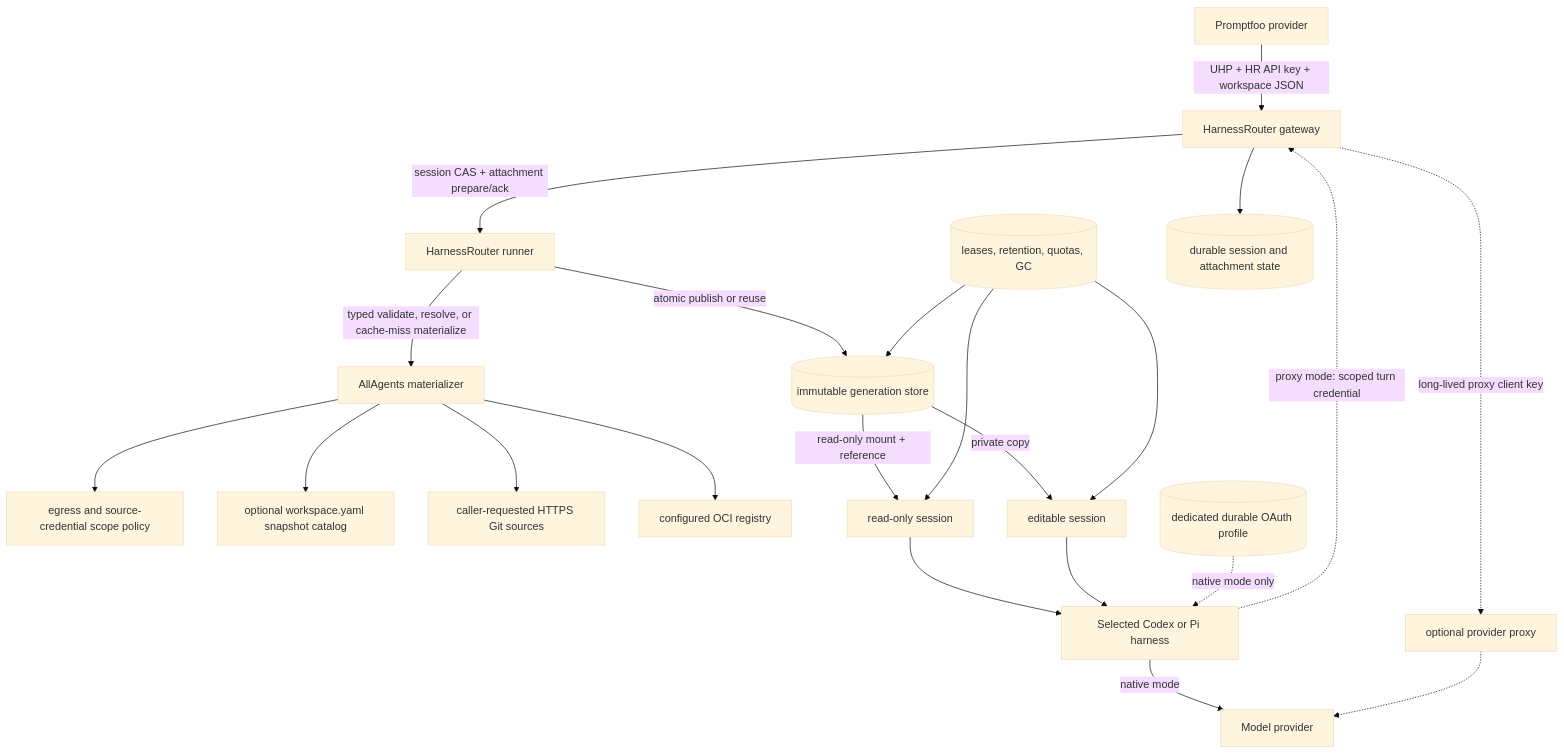
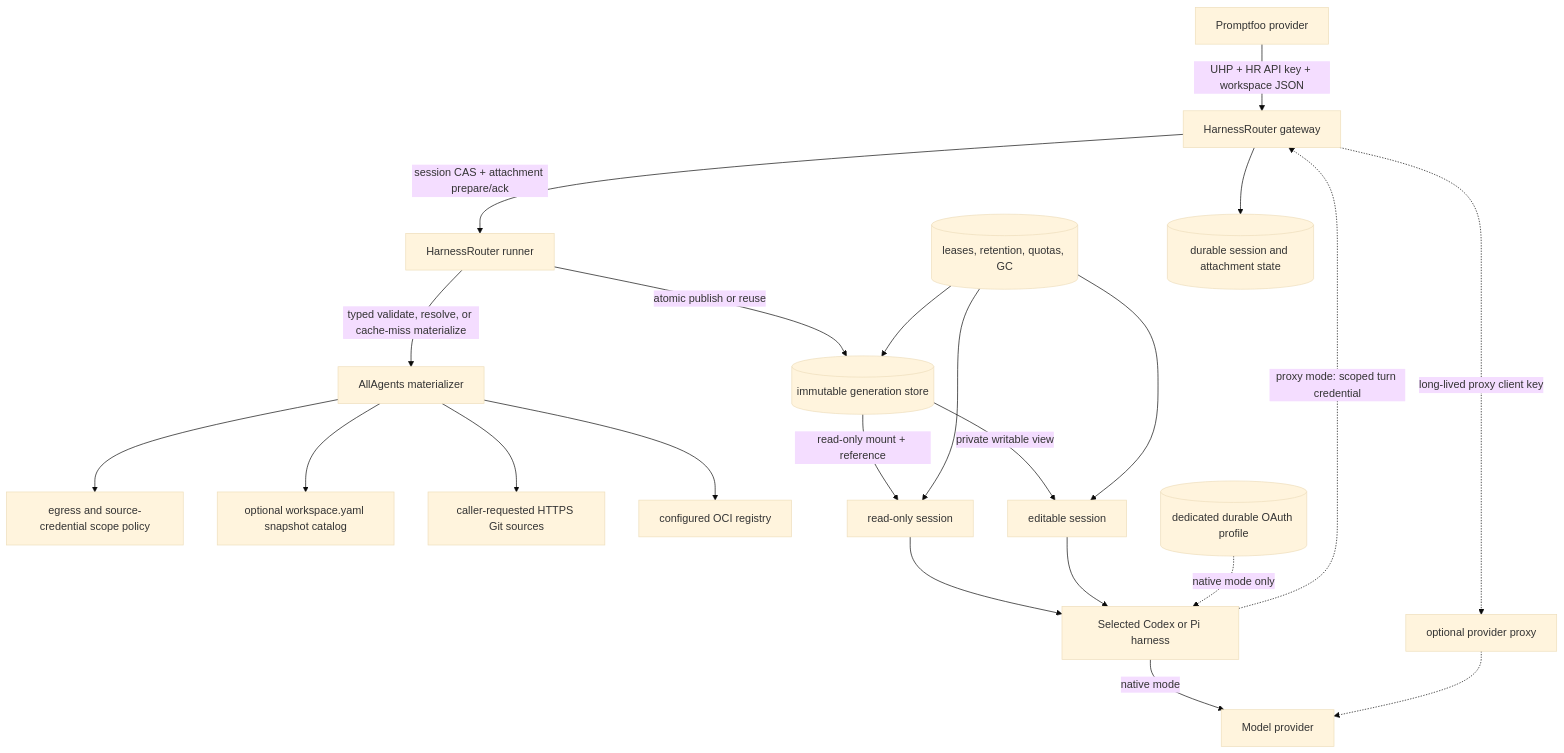
One commit to allagentsdev/allagents changed the diagram in docs/plans/2026-09-18-0837-feat-coding-execution-gateway-plan.md. Above: the diagram before and after it, drawn with Mermaid (base theme). The commit also changed other lines of this file and 1 other file, not shown here.

Commit message:
docs(architecture): protect editable change collection

````diff
--- a/docs/plans/2026-09-18-0837-feat-coding-execution-gateway-plan.md
+++ b/docs/plans/2026-09-18-0837-feat-coding-execution-gateway-plan.md
@@ -1256,24 +1316,24 @@
 ```mermaid
 flowchart TB
   PF[Promptfoo provider] -->|UHP + HR API key + workspace JSON| GW[HarnessRouter gateway]
   GW -->|session CAS + attachment prepare/ack| RUN[HarnessRouter runner]
   RUN -->|typed validate, resolve, or cache-miss materialize| MAT[AllAgents materializer]
   MAT --> POLICY[egress and source-credential scope policy]
   MAT --> CFG[optional workspace.yaml snapshot catalog]
   MAT --> GIT[caller-requested HTTPS Git sources]
   MAT --> OCI[configured OCI registry]
   RUN -->|atomic publish or reuse| GEN[(immutable generation store)]
   GEN -->|read-only mount + reference| RO[read-only session]
-  GEN -->|private copy| EDIT[editable session]
+  GEN -->|private writable view| EDIT[editable session]
   RO --> HARNESS[Selected Codex or Pi harness]
   EDIT --> HARNESS
   LIFE[(leases, retention, quotas, GC)] --> RO
   LIFE --> EDIT
   LIFE --> GEN
   AUTH[(dedicated durable OAuth profile)] -.->|native mode only| HARNESS
   HARNESS -->|native mode| MODEL[Model provider]
   HARNESS -.->|proxy mode: scoped turn credential| GW
   GW -.->|long-lived proxy client key| PROXY[optional provider proxy]
   PROXY -.-> MODEL
   GW --> DATA[(durable session and attachment state)]
 ```
````
